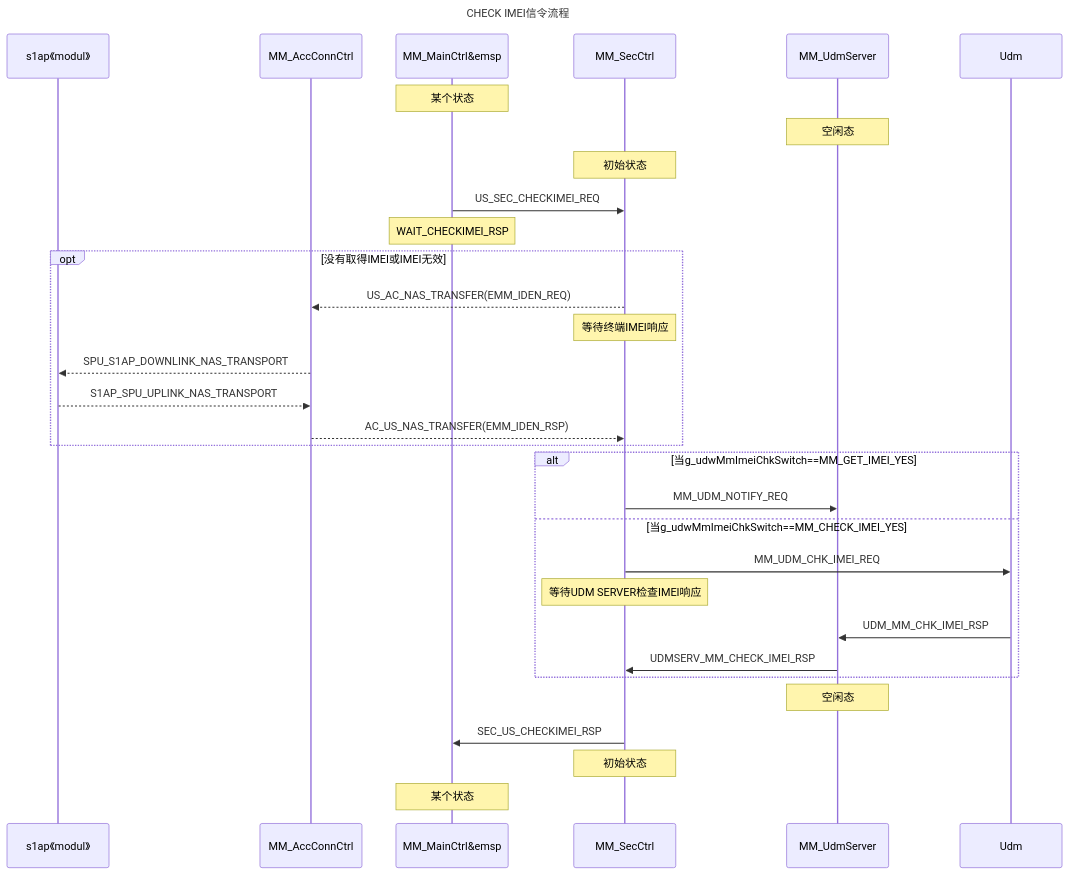
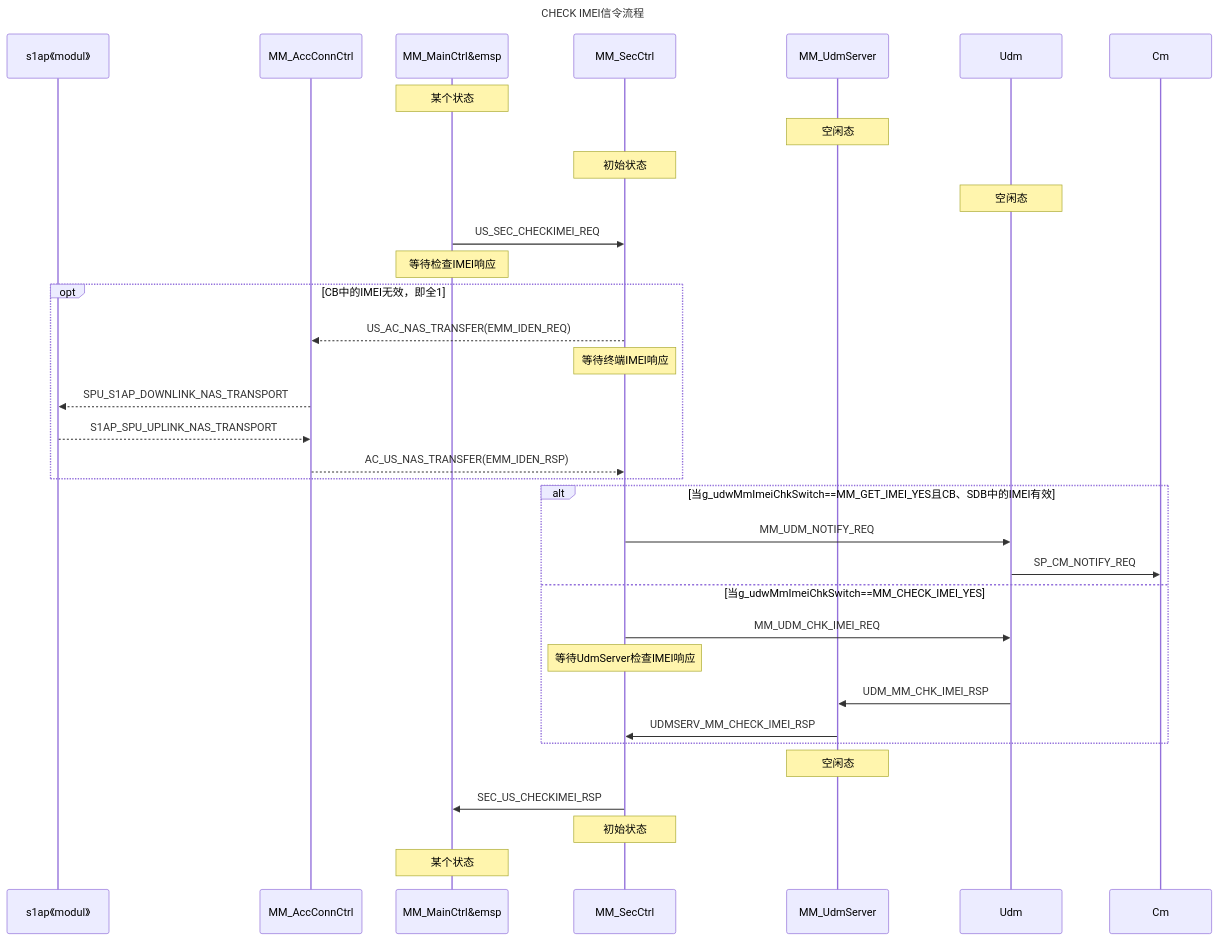
The third of 3 diagrams in 4G/SMC与CHECK EMEI.md (liao20081228/blog), drawn with Mermaid before and after one commit.

Commit message:
更新文件 /4G/SMC与CHECK EMEI.md

````diff
--- a/4G/SMC与CHECK EMEI.md
+++ b/4G/SMC与CHECK EMEI.md
@@ -89,39 +89,43 @@
 ```mermaid!
 sequenceDiagram
 
 title: CHECK IMEI信令流程
 participant s1 as s1ap《modul》
 participant A as MM_AccConnCtrl
 participant M as MM_MainCtrl&emsp;
 participant S as MM_SecCtrl
 participant US as MM_UdmServer
 participant U as Udm
+participant C as Cm
+
 note over M: 某个状态
 note over US:空闲态
 note over S: 初始状态
+note over U:空闲态
 M->>S:US_SEC_CHECKIMEI_REQ
-note over M:WAIT_CHECKIMEI_RSP
-opt 没有取得IMEI或IMEI无效
+note over M:等待检查IMEI响应
+opt CB中的IMEI无效，即全1
 S-->>A:US_AC_NAS_TRANSFER(EMM_IDEN_REQ)
 note over S:等待终端IMEI响应
 A-->>s1:SPU_S1AP_DOWNLINK_NAS_TRANSPORT
 s1-->>A:S1AP_SPU_UPLINK_NAS_TRANSPORT
 A-->>S:AC_US_NAS_TRANSFER(EMM_IDEN_RSP)
 end
 
-alt 当g_udwMmImeiChkSwitch==MM_GET_IMEI_YES
-S->>US:MM_UDM_NOTIFY_REQ
+alt 当g_udwMmImeiChkSwitch==MM_GET_IMEI_YES且CB、SDB中的IMEI有效
+S->>U:MM_UDM_NOTIFY_REQ
+U->>C:SP_CM_NOTIFY_REQ
 
 else 当g_udwMmImeiChkSwitch==MM_CHECK_IMEI_YES
 S->>U:MM_UDM_CHK_IMEI_REQ
-note over S:等待UDM SERVER检查IMEI响应
+note over S:等待UdmServer检查IMEI响应
 U->>US:UDM_MM_CHK_IMEI_RSP
 US->>S:UDMSERV_MM_CHECK_IMEI_RSP
 end
 note over US:空闲态
 S->>M:SEC_US_CHECKIMEI_RSP
 note over S:初始状态
 note over M:某个状态
 
 
 ```
````
